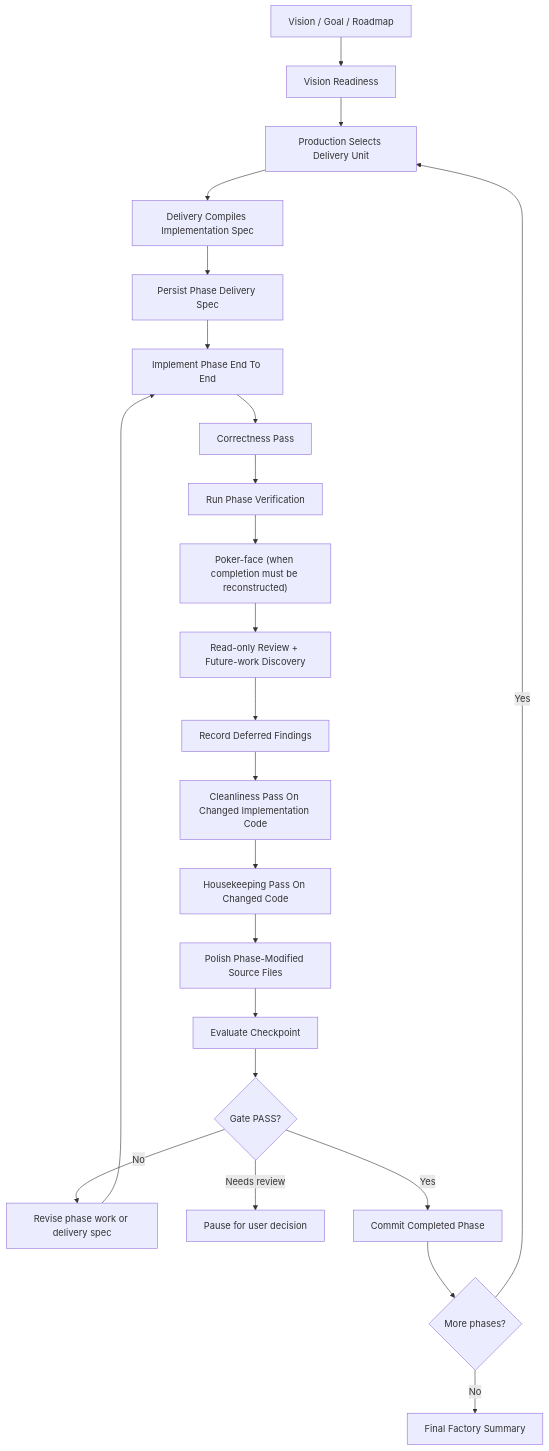
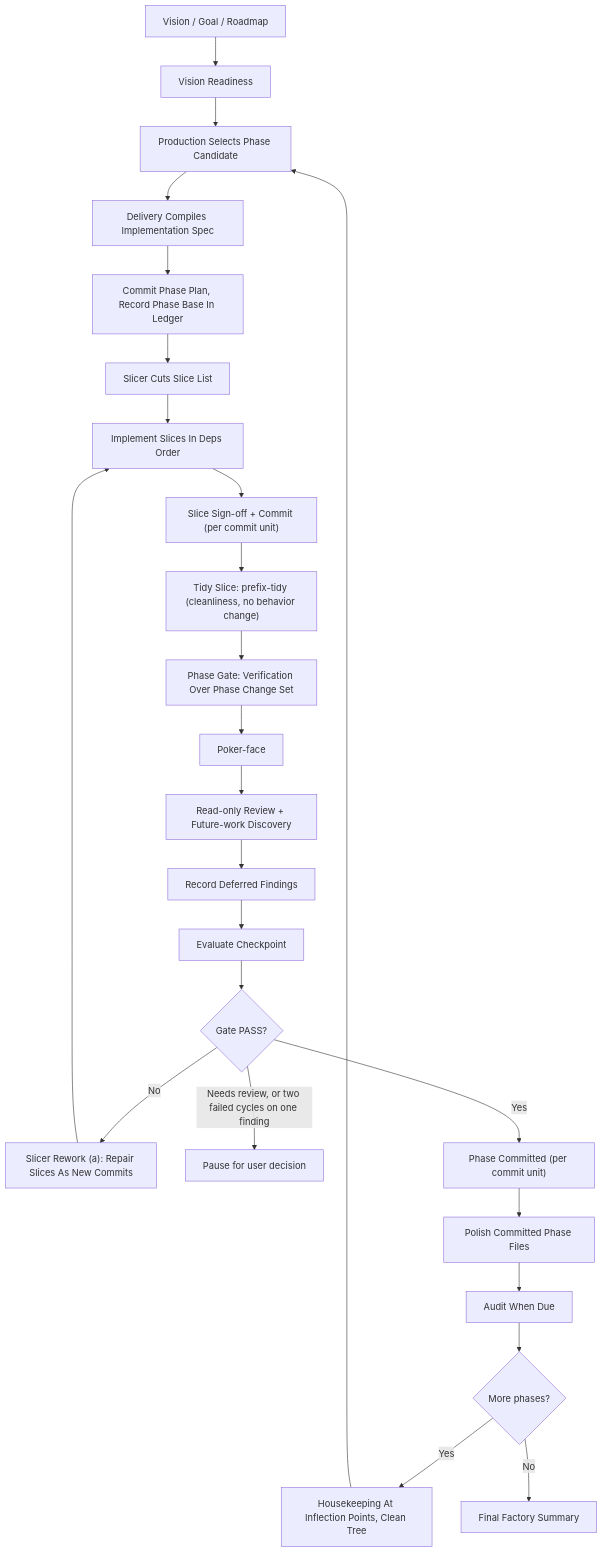
The diagram in skills/factory/references/loop.md (ianzepp/shipyard), drawn with Mermaid before and after one commit. The commit also changed other lines of this file and 38 other files, not shown here.

First line of the commit message:
Pipeline mechanics: commit unit, slice runner, phase gate, audit loop

````diff
--- a/skills/factory/references/loop.md
+++ b/skills/factory/references/loop.md
@@ -11,25 +11,27 @@
 ```mermaid
 flowchart TD
     A["Vision / Goal / Roadmap"] --> B["Vision Readiness"]
-    B --> C["Production Selects Delivery Unit"]
+    B --> C["Production Selects Phase Candidate"]
     C --> D["Delivery Compiles Implementation Spec"]
-    D --> E["Persist Phase Delivery Spec"]
-    E --> F["Implement Phase End To End"]
-    F --> G["Correctness Pass"]
-    G --> H["Run Phase Verification"]
-    H --> PF["Poker-face (when completion must be reconstructed)"]
+    D --> E["Commit Phase Plan, Record Phase Base In Ledger"]
+    E --> SL["Slicer Cuts Slice List"]
+    SL --> F["Implement Slices In Deps Order"]
+    F --> SO["Slice Sign-off + Commit (per commit unit)"]
+    SO --> TS["Tidy Slice: prefix-tidy (cleanliness, no behavior change)"]
+    TS --> H["Phase Gate: Verification Over Phase Change Set"]
+    H --> PF["Poker-face"]
     PF --> L["Read-only Review + Future-work Discovery"]
     L --> M["Record Deferred Findings"]
-    M --> N["Cleanliness Pass On Changed Implementation Code"]
-    N --> O["Housekeeping Pass On Changed Code"]
-    O --> P["Polish Phase-Modified Source Files"]
-    P --> Q["Evaluate Checkpoint"]
+    M --> Q["Evaluate Checkpoint"]
     Q --> R{"Gate PASS?"}
-    R -- "No" --> K["Revise phase work or delivery spec"]
+    R -- "No" --> K["Slicer Rework (a): Repair Slices As New Commits"]
     K --> F
-    R -- "Needs review" --> S["Pause for user decision"]
-    R -- "Yes" --> T["Commit Completed Phase"]
-    T --> U{"More phases?"}
-    U -- "Yes" --> C
+    R -- "Needs review, or two failed cycles on one finding" --> S["Pause for user decision"]
+    R -- "Yes" --> T["Phase Committed (per commit unit)"]
+    T --> P["Polish Committed Phase Files"]
+    P --> AU["Audit When Due"]
+    AU --> U{"More phases?"}
+    U -- "Yes" --> HK["Housekeeping At Inflection Points, Clean Tree"]
+    HK --> C
     U -- "No" --> V["Final Factory Summary"]
 ```
````
